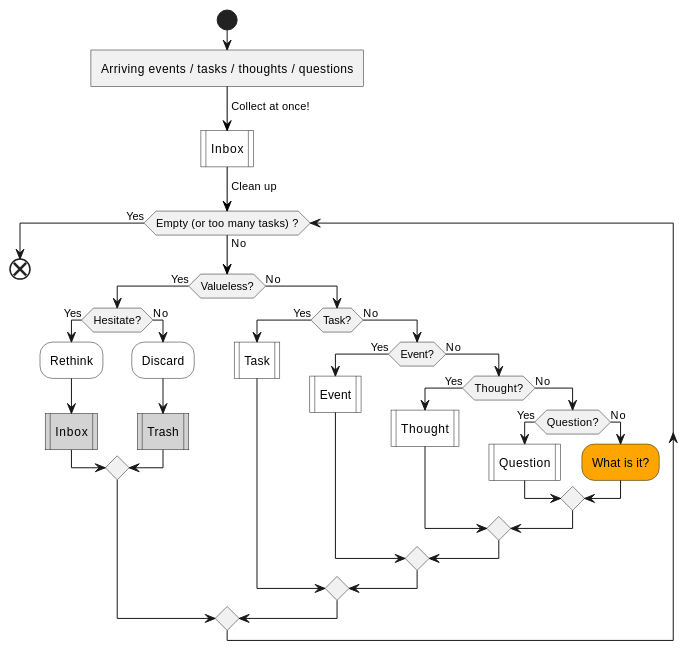
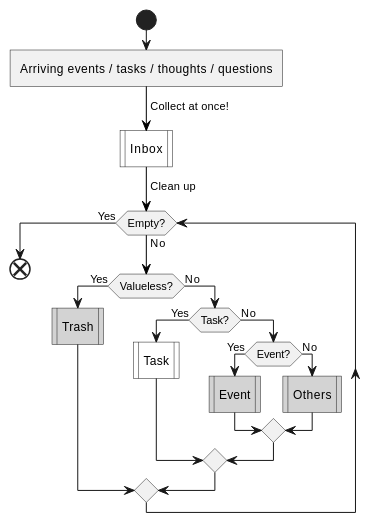
Before and after one commit to IceHe/icehe-lib: the first of 5 diagrams in lifelogs/rehabilitation.md, drawn with PlantUML. The commit also changed other lines of this file and 1 other file, not shown here.

````diff
--- a/lifelogs/rehabilitation.md
+++ b/lifelogs/rehabilitation.md
@@ -186,39 +205,42 @@
 ```plantuml
 @startuml
 start
 :Arriving events / tasks / thoughts / questions]
 -[#black]-> Collect at once!;
 #white:Inbox|
 -[#black]-> Clean up;
-while (Empty (or too many tasks) ?) is (No)
+while (Empty?) is (No)
     if (Valueless?) then (Yes)
-        if (Hesitate?) then (Yes)
-            #white:Rethink;
-            #lightGray:Inbox|
-        else (No)
-            #white:Discard;
-            #lightGray:Trash|
-        endif
+        #lightGray:Trash|
+        'if (Hesitate?) then (Yes)
+        '    '#white:Rethink;
+        '    #white:Inbox|
+        'else (No)
+        '    '#white:Discard;
+        '    #white:Trash|
+        'endif
     else (No)
         if (Task?) then (Yes)
             #white:Task|
         else (No)
             if (Event?) then (Yes)
-                #white:Event|
+                #lightGray:Event|
+                '#white:Event|
             else (No)
-                if (Thought?) then (Yes)
-                    #white:Thought|
-                else (No)
-                    if (Question?) then (Yes)
-                        #white:Question|
-                    else (No)
-                        #orange:What is it?;
-                    endif
-                endif
+                #lightGray:Others|
+                'if (Thought?) then (Yes)
+                '    #white:Thought|
+                'else (No)
+                '    if (Question?) then (Yes)
+                '        #white:Question|
+                '    else (No)
+                '        #orange:What is it?;
+                '    endif
+                'endif
             endif
         endif
     endif
 endwhile (Yes)
 end
 @enduml
 ```
````
